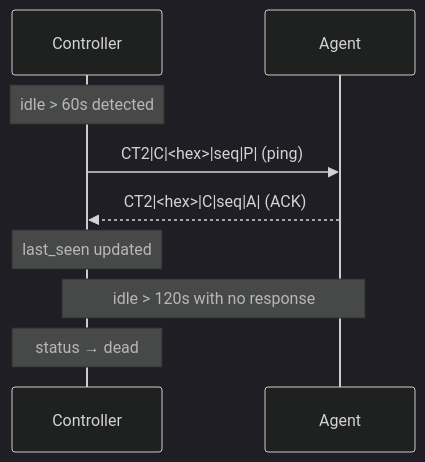
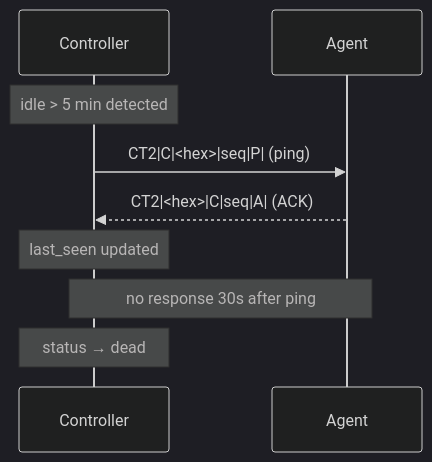
Before and after one commit to jordi-murgo/cliptunnel-mcp: the third of 3 diagrams in README.md, drawn with Mermaid (dark theme). The commit also changed other lines of this file, not shown here.

Commit message:
docs: update keepalive timings in README (5min ping, 30s dead)

````diff
--- a/README.md
+++ b/README.md
@@ -87,13 +87,13 @@
 ```mermaid
 sequenceDiagram
     participant C as Controller
     participant A as Agent
 
-    Note over C: idle > 60s detected
+    Note over C: idle > 5 min detected
     C->>A: CT2|C|<hex>|seq|P| (ping)
     A-->>C: CT2|<hex>|C|seq|A| (ACK)
     Note over C: last_seen updated
 
-    Note over C,A: idle > 120s with no response
+    Note over C,A: no response 30s after ping
     Note over C: status → dead
 ```
````
